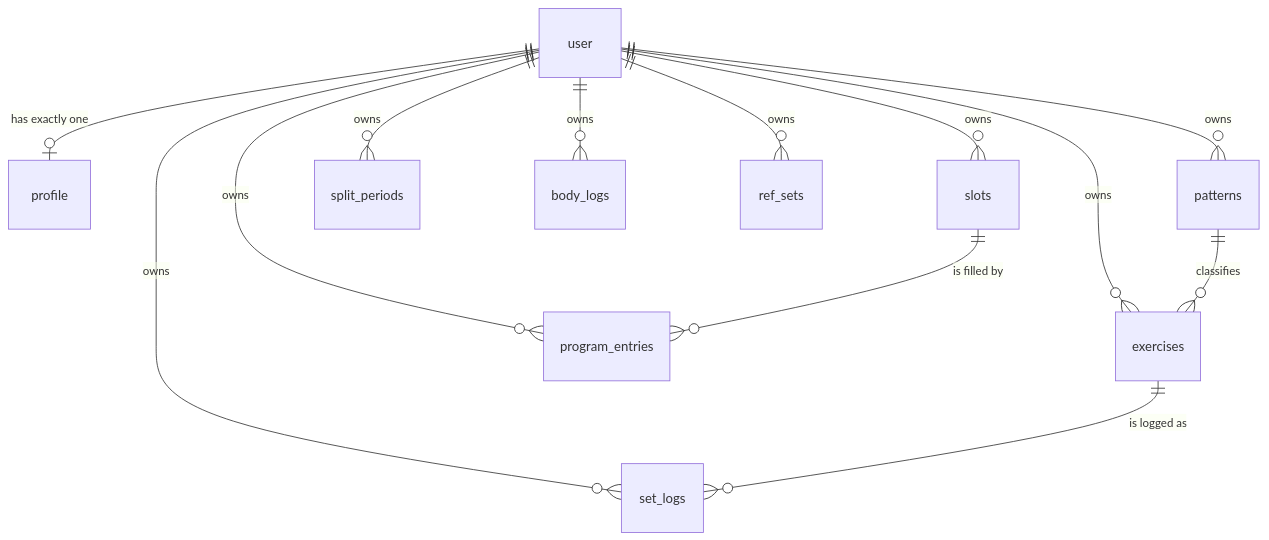
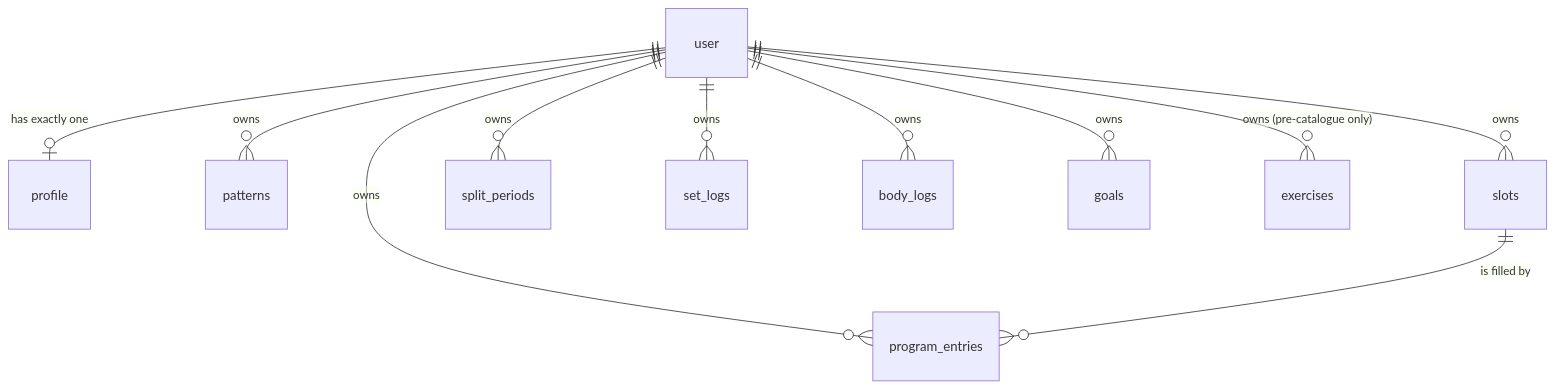
The diagram in docs/data.md (mark-balazs/gymmy), drawn with Mermaid before and after one commit. The commit also changed other lines of this file and 39 other files, not shown here.

````diff
--- a/docs/data.md
+++ b/docs/data.md
@@ -5,15 +5,13 @@
 ```mermaid
 erDiagram
     user ||--o| profile : "has exactly one"
     user ||--o{ patterns : owns
-    user ||--o{ exercises : owns
     user ||--o{ slots : owns
     user ||--o{ split_periods : owns
     user ||--o{ program_entries : owns
     user ||--o{ set_logs : owns
     user ||--o{ body_logs : owns
-    user ||--o{ ref_sets : owns
-    patterns ||--o{ exercises : classifies
-    exercises ||--o{ set_logs : "is logged as"
+    user ||--o{ goals : owns
+    user ||--o{ exercises : "owns (pre-catalogue only)"
     slots ||--o{ program_entries : "is filled by"
 ```
````
